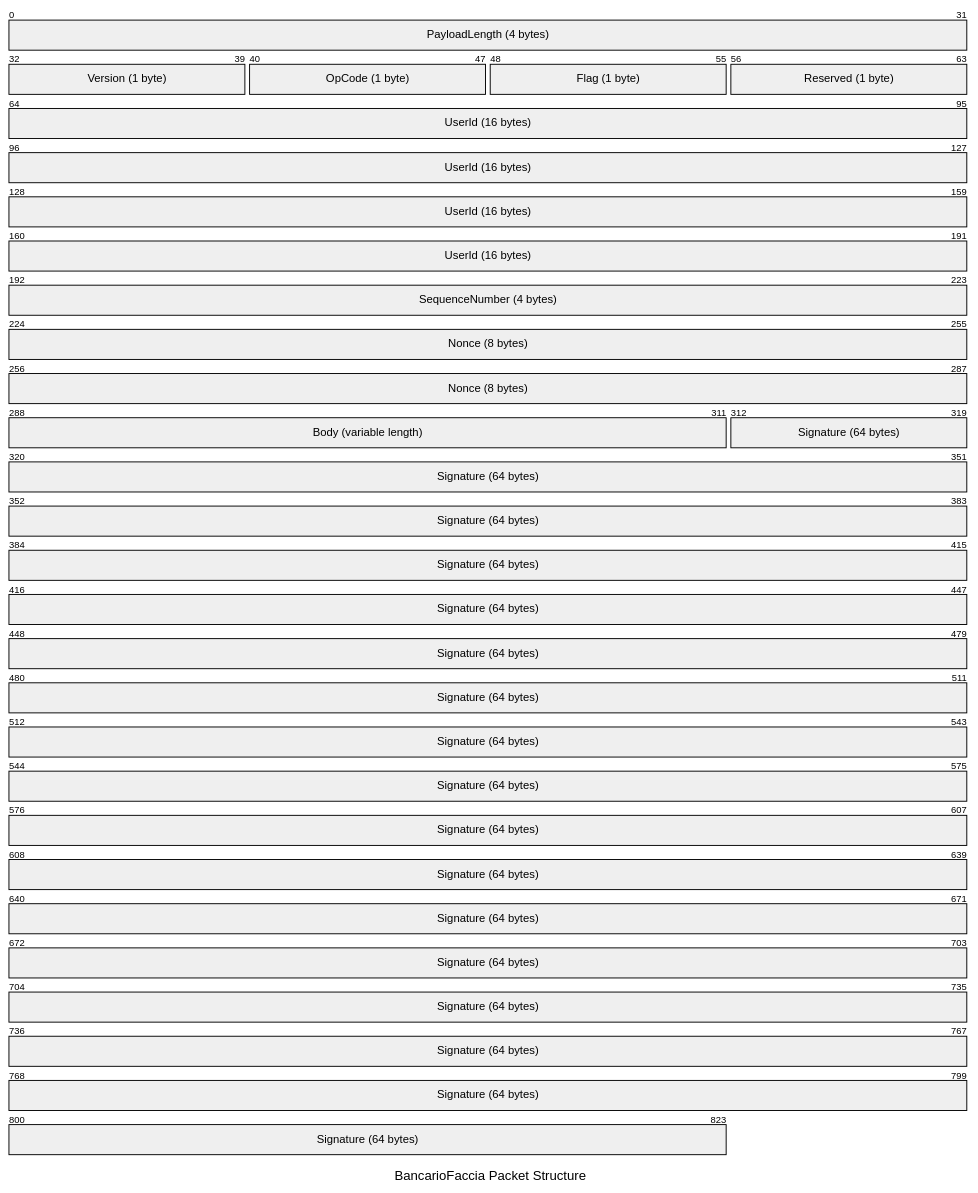
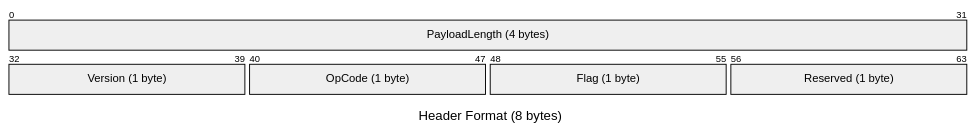
The second of 6 diagrams in README.md (MIKTHATGUY/protocollo-banc), drawn with Mermaid before and after one commit. The commit also changed other lines of this file and 1 other file, not shown here.

Commit message:
Initial commit: BancarioFaccia protocol

````diff
--- a/README.md
+++ b/README.md
@@ -28,14 +41,9 @@
 ```mermaid
 packet-beta
-title BancarioFaccia Packet Structure
+title Header Format (8 bytes)
 0-31: "PayloadLength (4 bytes)"
 32-39: "Version (1 byte)"
 40-47: "OpCode (1 byte)"
 48-55: "Flag (1 byte)"
 56-63: "Reserved (1 byte)"
-64-191: "UserId (16 bytes)"
-192-223: "SequenceNumber (4 bytes)"
-224-287: "Nonce (8 bytes)"
-288-311: "Body (variable length)"
-312-823: "Signature (64 bytes)"
 ```
````
